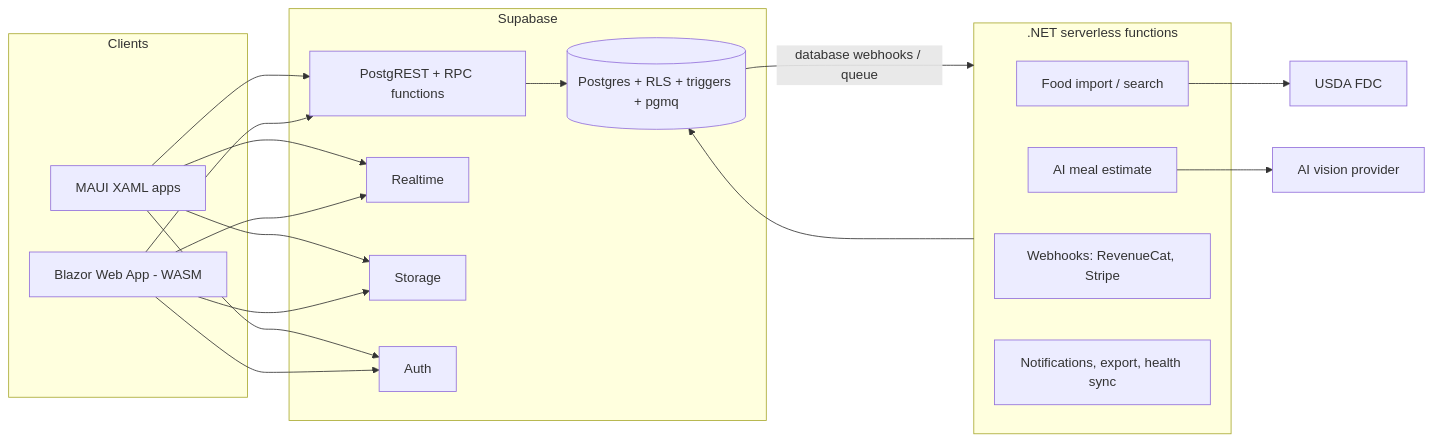
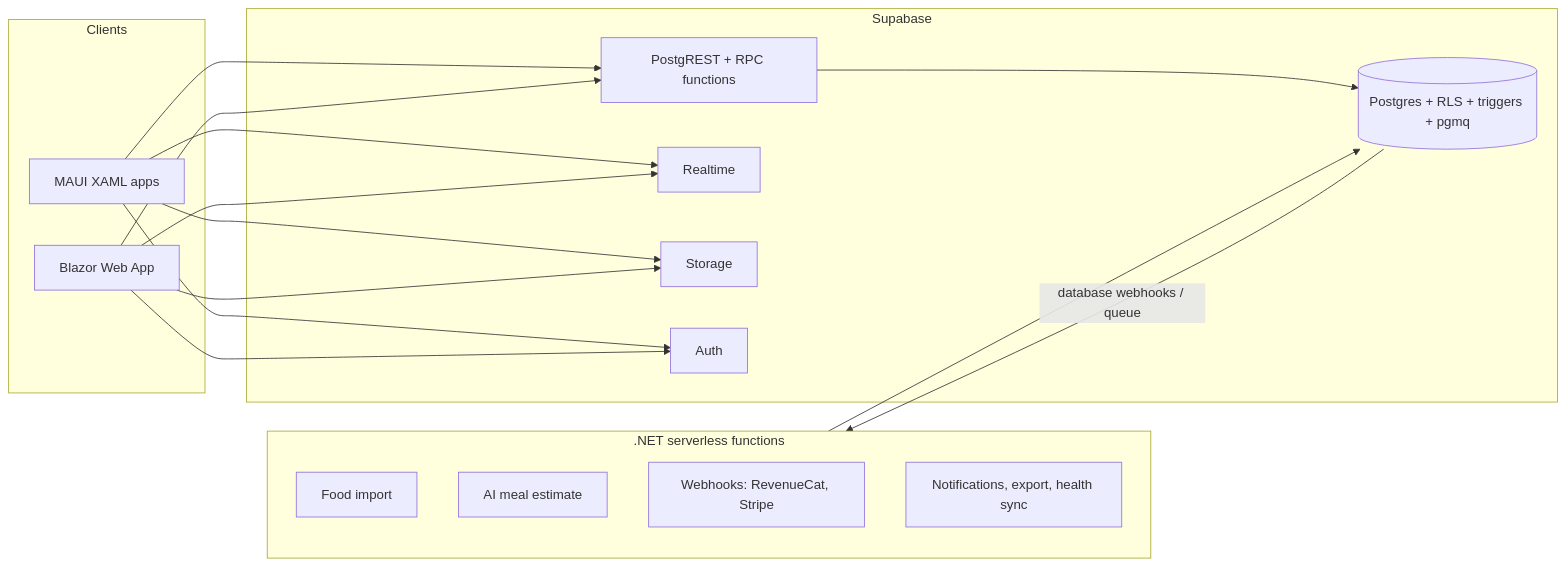
The first of 3 diagrams in docs/architecture-options.md (Fibonacci-0112/FitCore), drawn with Mermaid before and after one commit. The commit also changed other lines of this file, not shown here.

First line of the commit message:
Revise architecture options against the measurable NFRs

````diff
--- a/docs/architecture-options.md
+++ b/docs/architecture-options.md
@@ -45,27 +57,25 @@
 ```mermaid
 flowchart LR
   subgraph Clients
     M[MAUI XAML apps]
-    W[Blazor Web App - WASM]
+    W[Blazor Web App]
   end
   subgraph Supabase
     PR[PostgREST + RPC functions]
     RT[Realtime]
     ST[Storage]
     AU[Auth]
     PG[(Postgres + RLS + triggers + pgmq)]
   end
   subgraph Functions[".NET serverless functions"]
-    F1[Food import / search]
+    F1[Food import]
     F2[AI meal estimate]
     F3[Webhooks: RevenueCat, Stripe]
     F4[Notifications, export, health sync]
   end
   M & W --> AU
   M & W --> PR & RT & ST
   PR --> PG
   PG -- database webhooks / queue --> Functions
   Functions --> PG
-  F2 --> AI[AI vision provider]
-  F1 --> USDA[USDA FDC]
 ```
````
